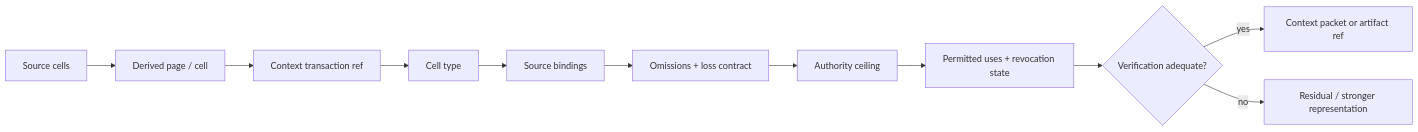
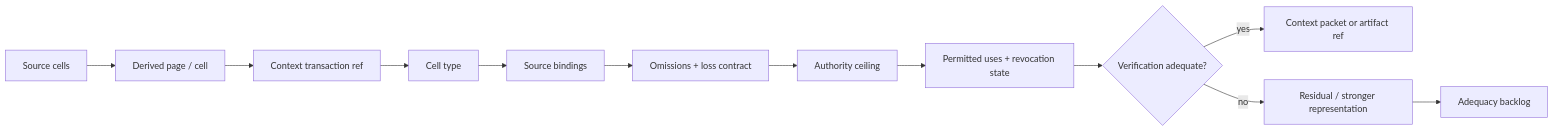
One commit to corbensorenson/asi-stack-book changed the diagram in chapters/semantic-pages-context-cells-and-certificates.qmd. Above: the diagram before and after it, drawn with Mermaid. The commit also changed 20 other files, not shown here.

Commit message:
Raise diagram substance floor

````diff
--- a/chapters/semantic-pages-context-cells-and-certificates.qmd
+++ b/chapters/semantic-pages-context-cells-and-certificates.qmd
@@ -101,13 +101,14 @@
 ```{mermaid}
 flowchart LR
   A["Source cells"] --> B["Derived page / cell"]
   B --> C["Context transaction ref"]
   C --> D["Cell type"]
   D --> E["Source bindings"]
   E --> F["Omissions + loss contract"]
   F --> G["Authority ceiling"]
   G --> H["Permitted uses + revocation state"]
   H --> I{"Verification adequate?"}
   I -- "yes" --> J["Context packet or artifact ref"]
   I -- "no" --> K["Residual / stronger representation"]
+  K --> L["Adequacy backlog"]
 ```
````
